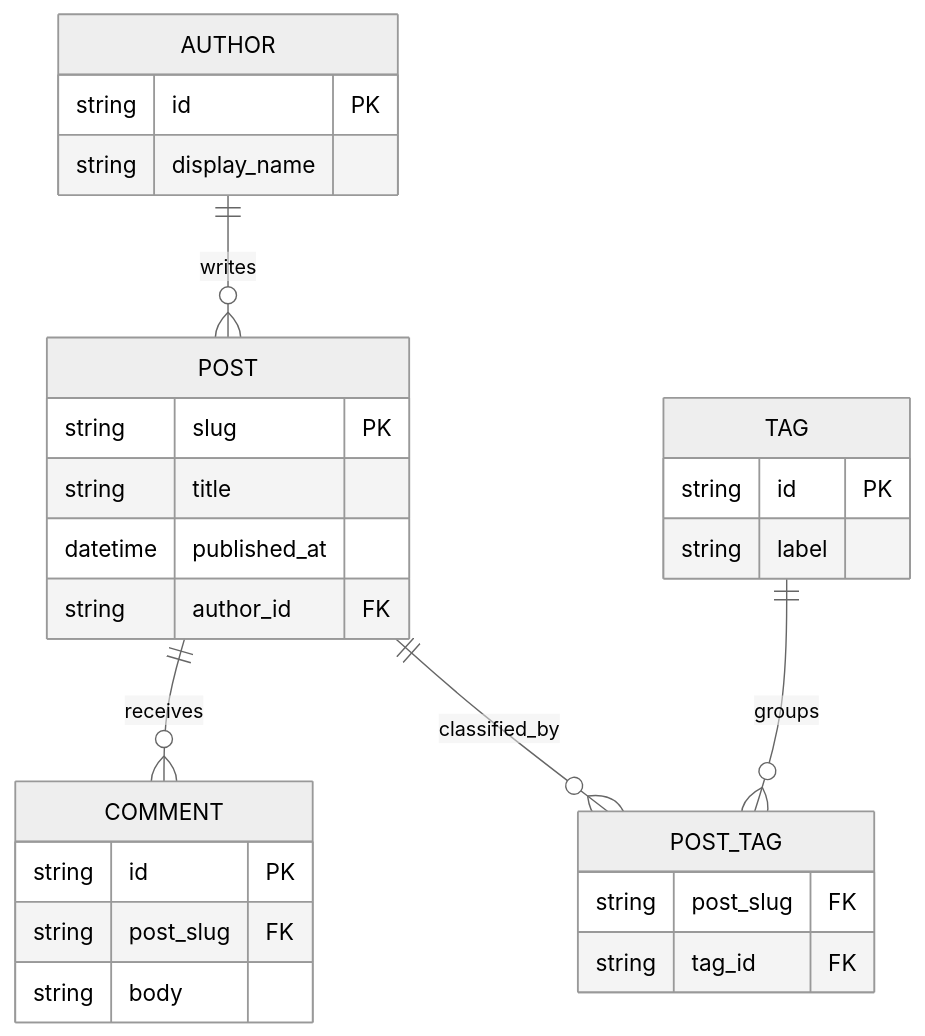
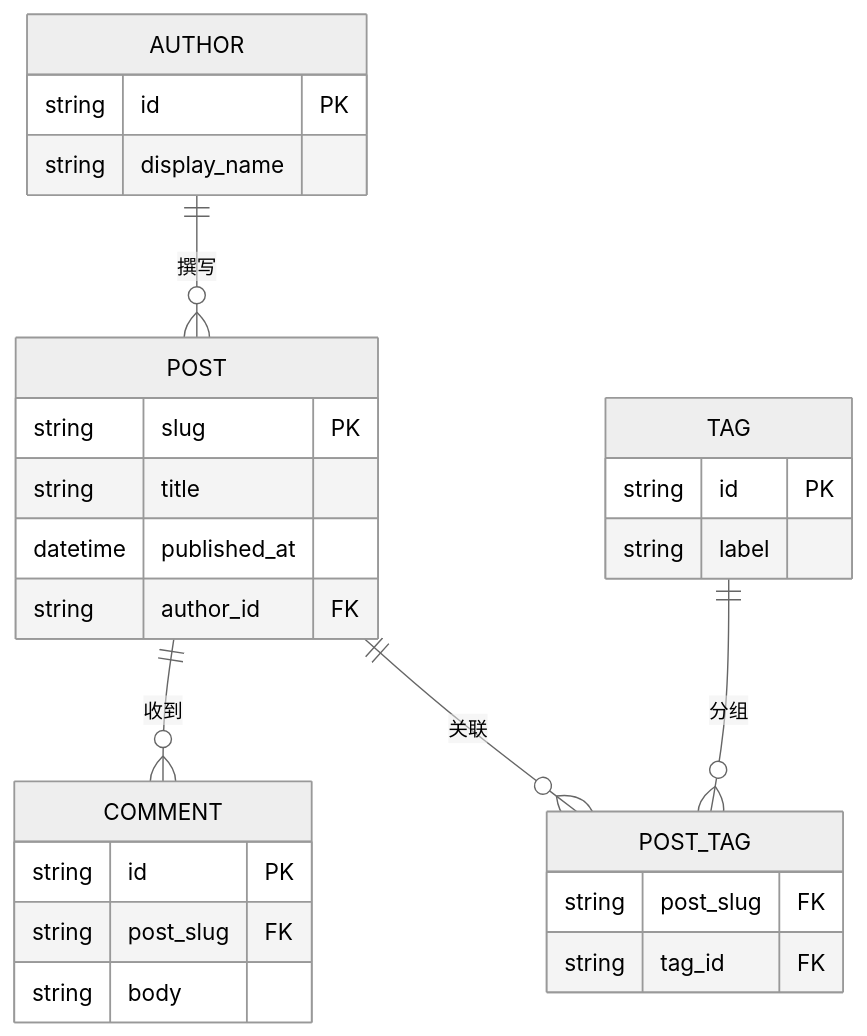
Before and after one commit to ynx-official/Shirone: the third of 14 diagrams in nuxt4/content/posts/markdown-mermaid.md, drawn with Mermaid (neutral theme). The commit also changed other lines of this file and 99 other files, not shown here.

````diff
--- a/nuxt4/content/posts/markdown-mermaid.md
+++ b/nuxt4/content/posts/markdown-mermaid.md
@@ -54,32 +51,32 @@
 ```mermaid
 erDiagram
-    accTitle: Blog content relationships
-    accDescr: Authors write posts, posts receive comments, and join records connect posts to multiple tags.
-    AUTHOR ||--o{ POST : writes
-    POST ||--o{ COMMENT : receives
-    POST ||--o{ POST_TAG : classified_by
-    TAG ||--o{ POST_TAG : groups
+    accTitle: 实体关系图示例
+    accDescr: 使用实体关系图说明博客中的信息关系与工作过程。
+    AUTHOR ||--o{ POST : 撰写
+    POST ||--o{ COMMENT : 收到
+    POST ||--o{ POST_TAG : 关联
+    TAG ||--o{ POST_TAG : 分组
     AUTHOR {
         string id PK
         string display_name
     }
     POST {
         string slug PK
         string title
         datetime published_at
         string author_id FK
     }
     COMMENT {
         string id PK
         string post_slug FK
         string body
     }
     TAG {
         string id PK
         string label
     }
     POST_TAG {
         string post_slug FK
         string tag_id FK
     }
 ```
````
